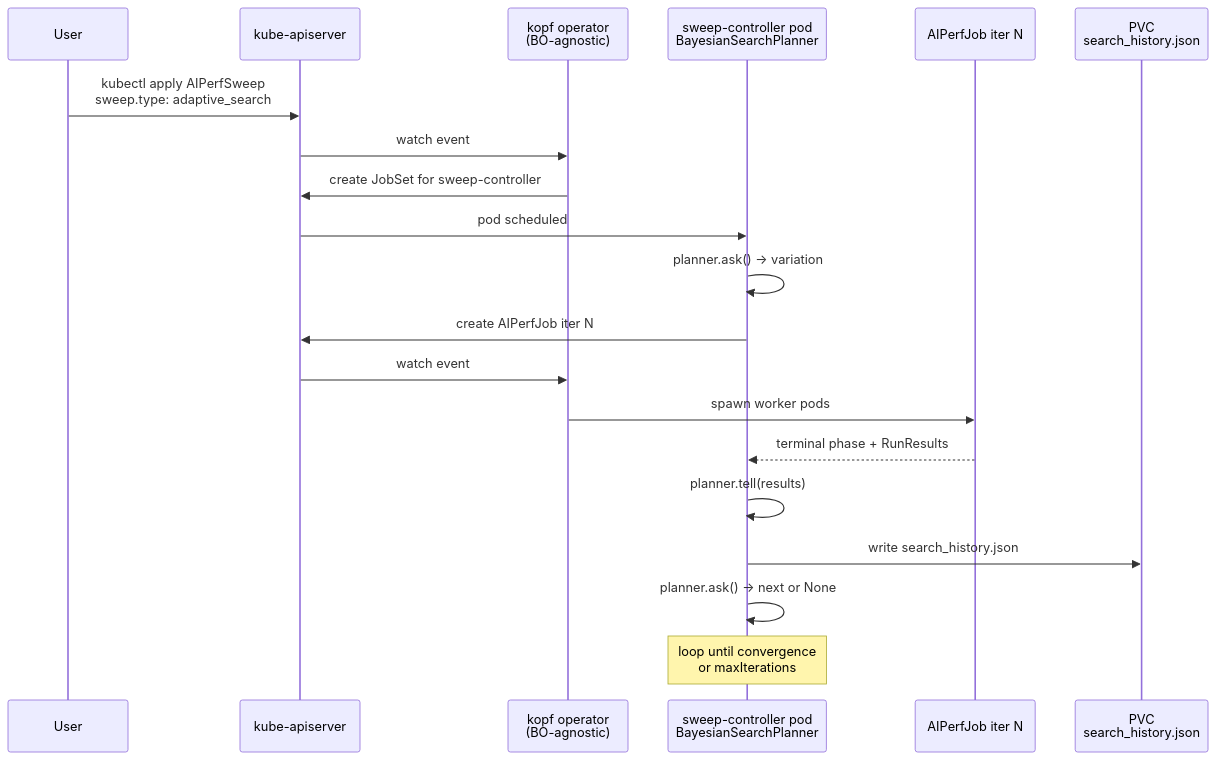
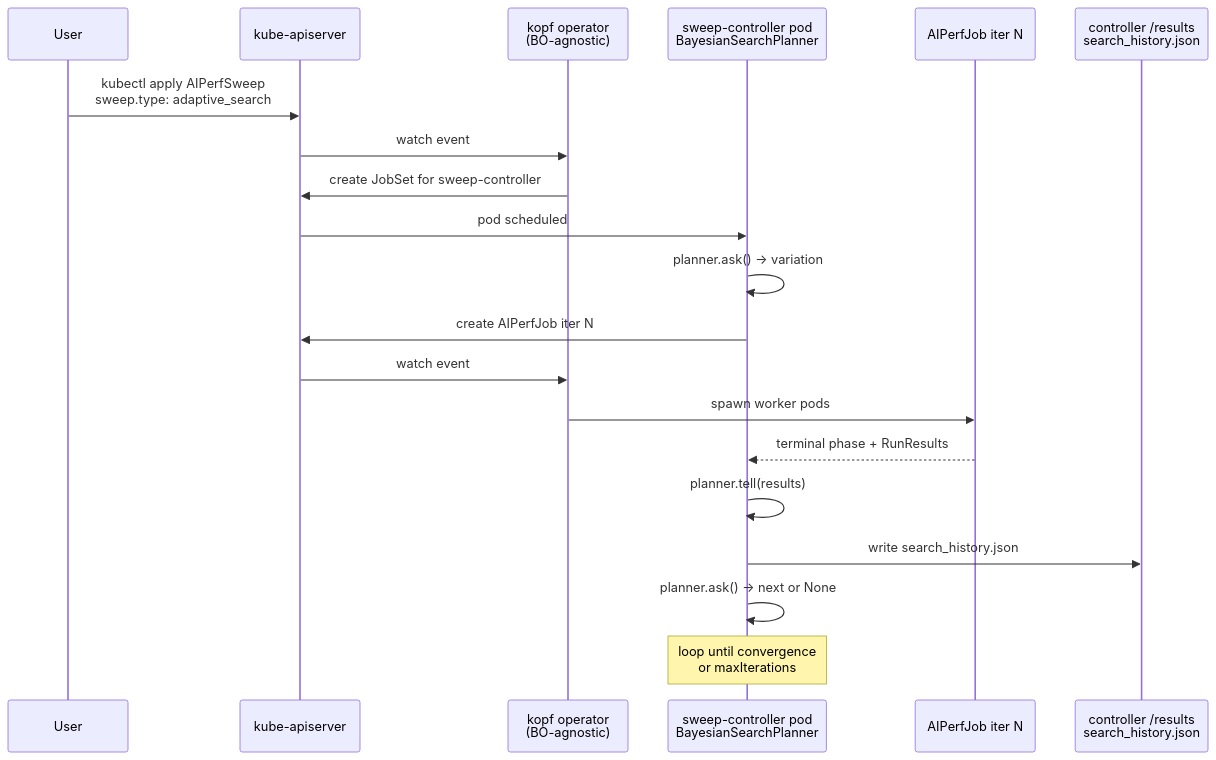
The diagram in docs/kubernetes/adaptive-search.md (ai-dynamo/aiperf), drawn with Mermaid before and after one commit. The commit also changed other lines of this file and 44 other files, not shown here.

````diff
--- a/docs/kubernetes/adaptive-search.md
+++ b/docs/kubernetes/adaptive-search.md
@@ -31,23 +33,23 @@
 ```mermaid
 sequenceDiagram
     participant User
     participant API as kube-apiserver
     participant Op as kopf operator<br/>(BO-agnostic)
     participant Ctrl as sweep-controller pod<br/>BayesianSearchPlanner
     participant Job as AIPerfJob iter N
-    participant Disk as PVC<br/>search_history.json
+    participant Disk as controller /results<br/>search_history.json
 
     User->>API: kubectl apply AIPerfSweep<br/>sweep.type: adaptive_search
     API->>Op: watch event
     Op->>API: create JobSet for sweep-controller
     API->>Ctrl: pod scheduled
     Ctrl->>Ctrl: planner.ask() -> variation
     Ctrl->>API: create AIPerfJob iter N
     API->>Op: watch event
     Op->>Job: spawn worker pods
     Job-->>Ctrl: terminal phase + RunResults
     Ctrl->>Ctrl: planner.tell(results)
     Ctrl->>Disk: write search_history.json
     Ctrl->>Ctrl: planner.ask() -> next or None
     Note over Ctrl: loop until convergence<br/>or maxIterations
 ```
````
